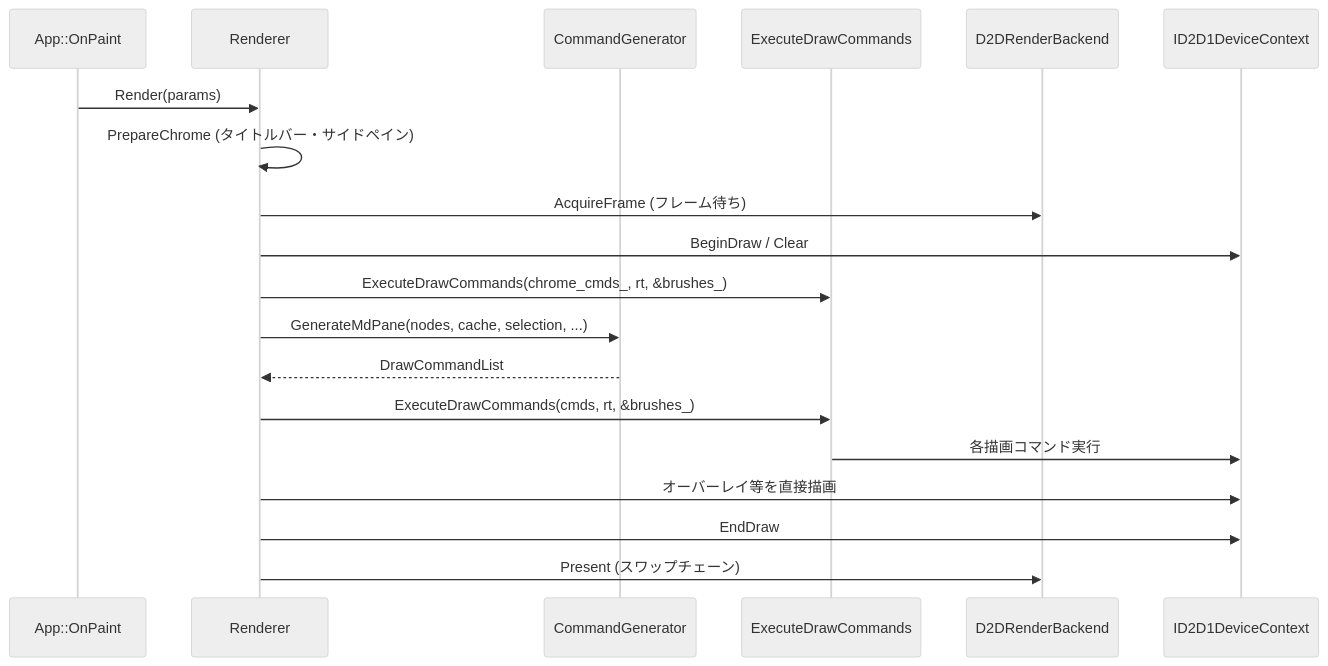
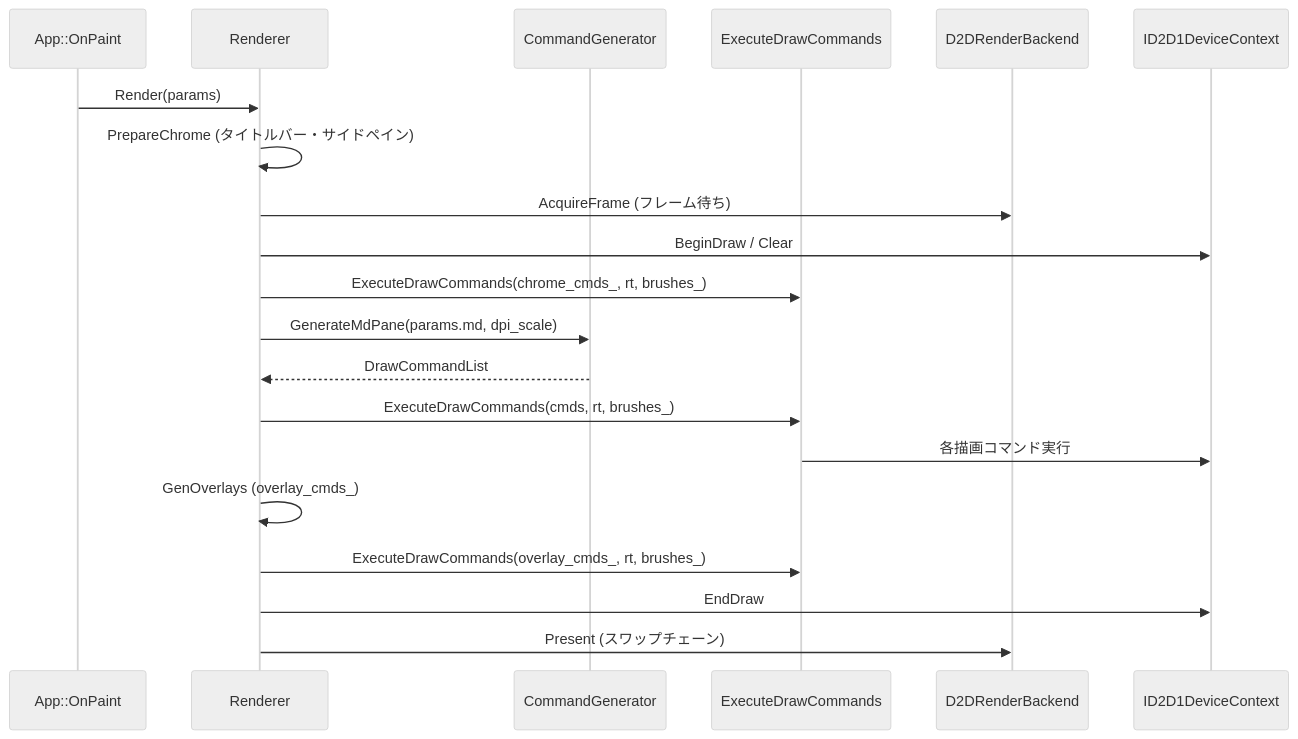
Before and after one commit to tanaton/mendo: the eighth of 27 diagrams in example/test.md, drawn with Mermaid (neutral theme). The commit also changed other lines of this file and 161 other files, not shown here.

````diff
--- a/example/test.md
+++ b/example/test.md
@@ -1085,22 +1077,23 @@
 ```mermaid
 sequenceDiagram
     participant APP as App::OnPaint
     participant R as Renderer
     participant CG as CommandGenerator
     participant CE as ExecuteDrawCommands
     participant BE as D2DRenderBackend
     participant RT as ID2D1DeviceContext
 
     APP->>R: Render(params)
     R->>R: PrepareChrome (タイトルバー・サイドペイン)
     R->>BE: AcquireFrame (フレーム待ち)
     R->>RT: BeginDraw / Clear
-    R->>CE: ExecuteDrawCommands(chrome_cmds_, rt, &brushes_)
-    R->>CG: GenerateMdPane(nodes, cache, selection, ...)
+    R->>CE: ExecuteDrawCommands(chrome_cmds_, rt, brushes_)
+    R->>CG: GenerateMdPane(params.md, dpi_scale)
     CG-->>R: DrawCommandList
-    R->>CE: ExecuteDrawCommands(cmds, rt, &brushes_)
+    R->>CE: ExecuteDrawCommands(cmds, rt, brushes_)
     CE->>RT: 各描画コマンド実行
-    R->>RT: オーバーレイ等を直接描画
+    R->>R: GenOverlays (overlay_cmds_)
+    R->>CE: ExecuteDrawCommands(overlay_cmds_, rt, brushes_)
     R->>RT: EndDraw
     R->>BE: Present (スワップチェーン)
 ```
````
